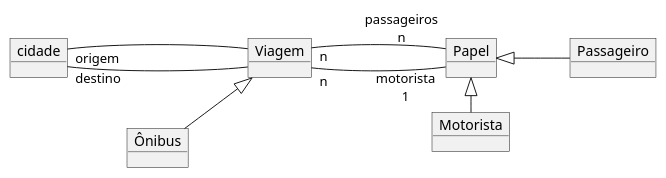
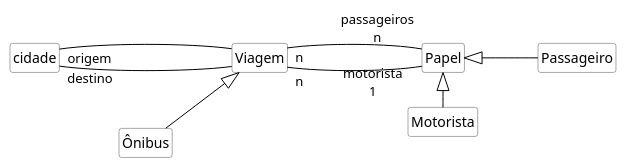
One commit to kyriosdata/oo changed the diagram in imagens/modelos-07/mod07ima14/mod07ima14.plantuml. Above: the diagram before and after it, drawn with PlantUML. The commit also changed 4 other files, not shown here.

```diff
--- a/imagens/modelos-07/mod07ima14/mod07ima14.plantuml
+++ b/imagens/modelos-07/mod07ima14/mod07ima14.plantuml
@@ -1,16 +1,25 @@
 @startuml mod07ima14
+hide circle
+hide methods
+hide empty members
+
+skinparam class {
+    BackgroundColor White
+    ArrowColor Black
+    BorderColor #505050
+}
 left to right direction
-object "cidade" as ci
-object "Viagem" as vi
-object "Papel" as pa
-object "Passageiro" as ps
-object "Ônibus" as on
-object "Motorista" as mo
+class "cidade" as ci
+class "Viagem" as vi
+class "Papel" as pa
+class "Passageiro" as ps
+class "Ônibus" as on
+class "Motorista" as mo
 ci"destino" --- vi
 ci "origem" --- vi
 vi"n" --- "motorista\n1"pa
 vi"n" --- "passageiros\nn"pa
 pa <|-- ps
 pa <|-right- mo
 on --|> vi
 @endtuml
```
